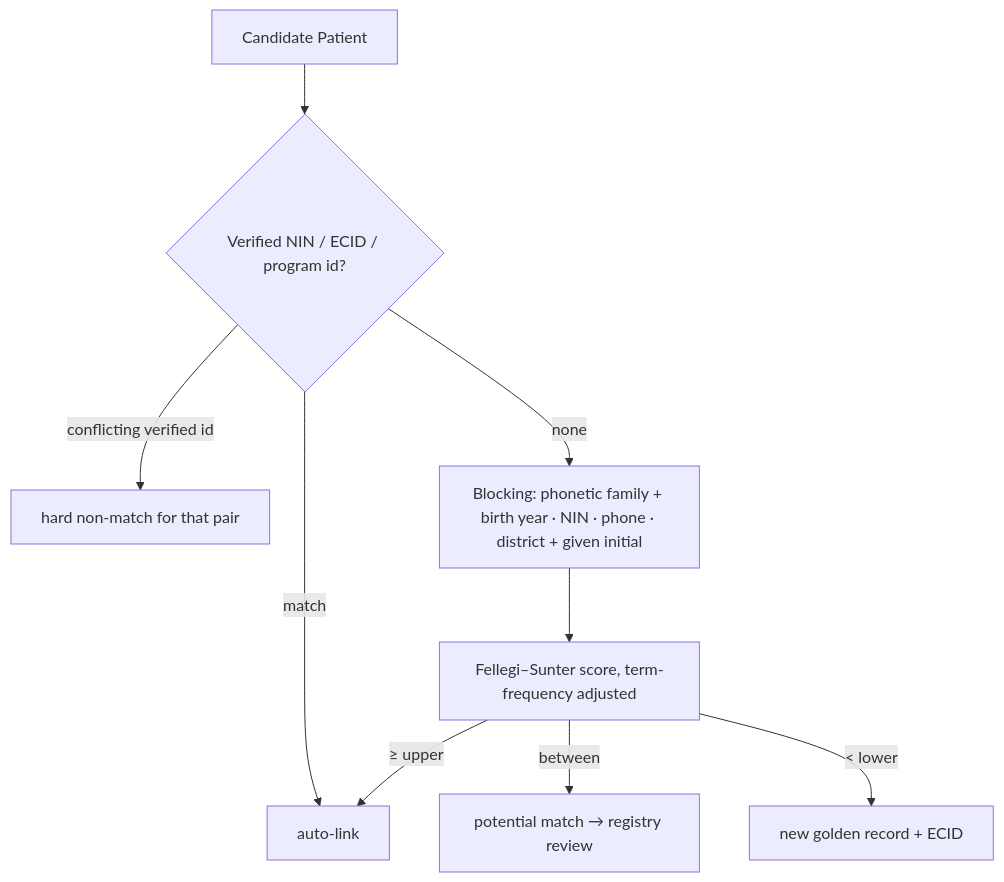
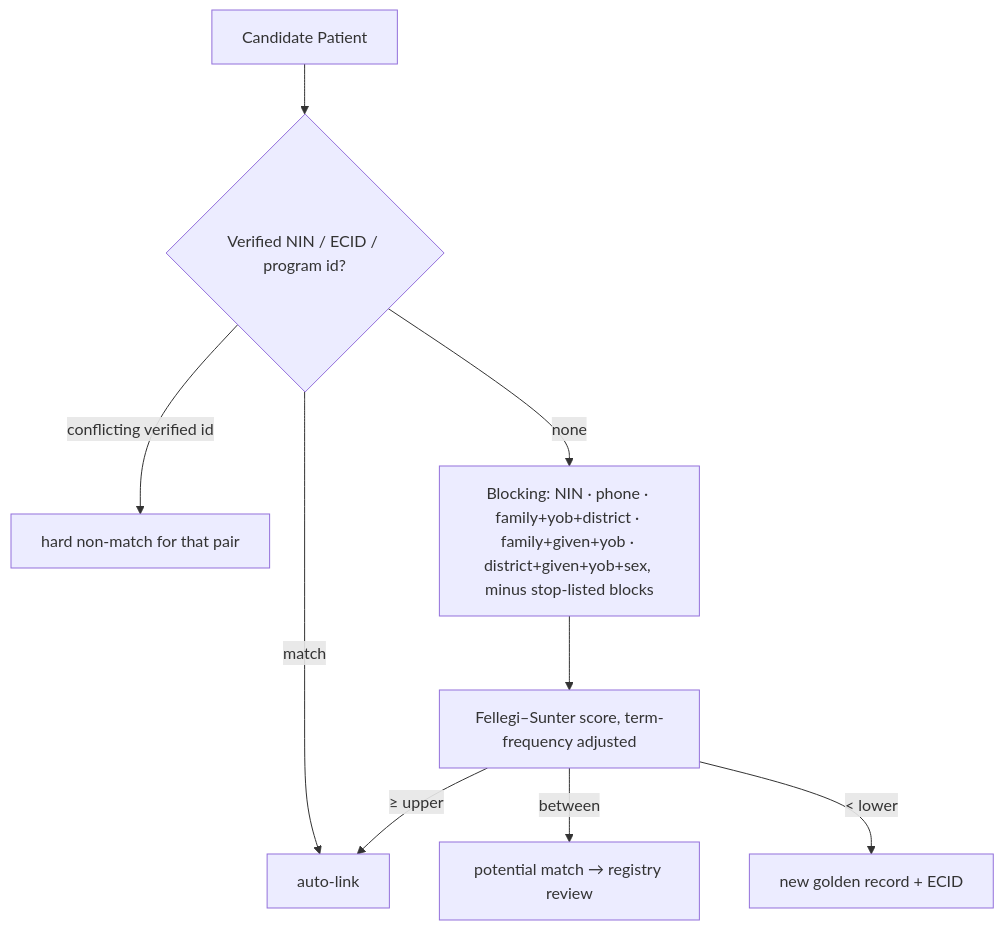
The second of 4 diagrams in docs/architecture/patient-identity.md (carapai/people-centered-healthcare), drawn with Mermaid before and after one commit. The commit also changed other lines of this file and 5 other files, not shown here.

Commit message:
docs(architecture): set default blocking keys, stop-list and recall gate

````diff
--- a/docs/architecture/patient-identity.md
+++ b/docs/architecture/patient-identity.md
@@ -70,11 +70,11 @@
 ```mermaid
 flowchart TD
   Q[Candidate Patient] --> D{Verified NIN / ECID / program id?}
   D -- match --> AL[auto-link]
   D -- conflicting verified id --> NM[hard non-match for that pair]
-  D -- none --> B[Blocking: phonetic family + birth year · NIN · phone · district + given initial]
+  D -- none --> B[Blocking: NIN · phone · family+yob+district · family+given+yob · district+given+yob+sex, minus stop-listed blocks]
   B --> S[Fellegi–Sunter score, term-frequency adjusted]
   S -->|≥ upper| AL
   S -->|between| PR[potential match → registry review]
   S -->|< lower| NEW[new golden record + ECID]
 ```
````
